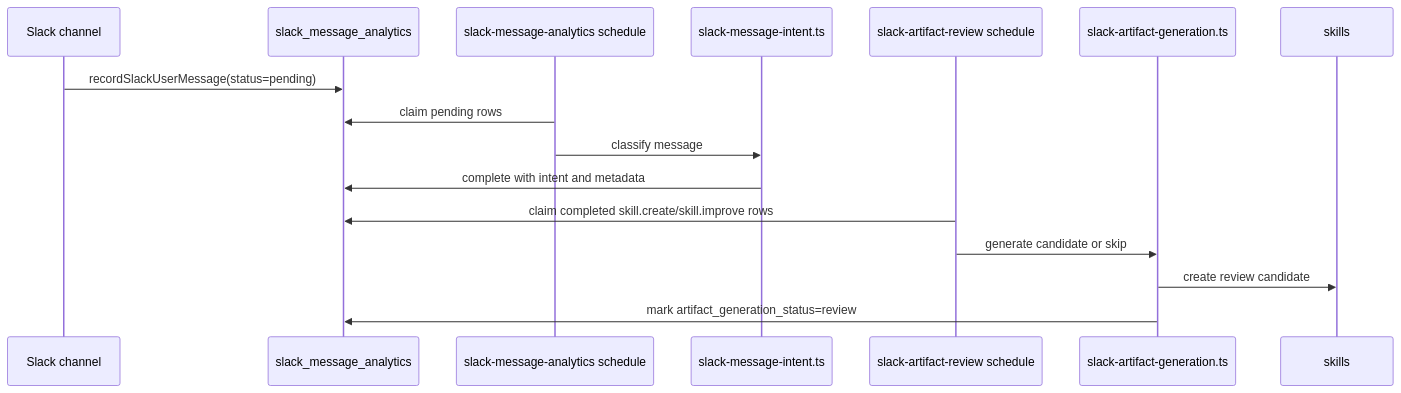
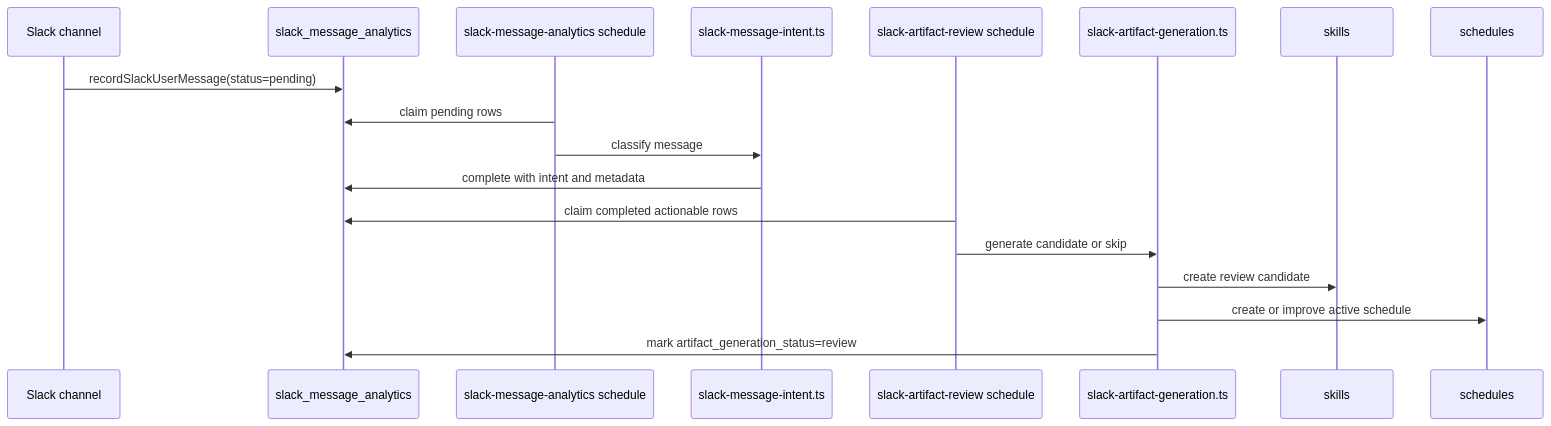
One commit to GorobVictor/slack-ai-agent-eve changed the third of 3 diagrams in AGENTS.md. Above: the diagram before and after it, drawn with Mermaid. The commit also changed other lines of this file and 1 other file, not shown here.

First line of the commit message:
ref: document schedule artifact architecture

````diff
--- a/AGENTS.md
+++ b/AGENTS.md
@@ -281,19 +324,21 @@
 ```mermaid
 sequenceDiagram
   participant Slack as Slack channel
   participant DB as slack_message_analytics
   participant AnalysisSchedule as slack-message-analytics schedule
   participant Intent as slack-message-intent.ts
   participant ArtifactSchedule as slack-artifact-review schedule
   participant Generator as slack-artifact-generation.ts
   participant Skills as skills
+  participant Schedules as schedules
 
   Slack->>DB: recordSlackUserMessage(status=pending)
   AnalysisSchedule->>DB: claim pending rows
   AnalysisSchedule->>Intent: classify message
   Intent->>DB: complete with intent and metadata
-  ArtifactSchedule->>DB: claim completed skill.create/skill.improve rows
+  ArtifactSchedule->>DB: claim completed actionable rows
   ArtifactSchedule->>Generator: generate candidate or skip
   Generator->>Skills: create review candidate
+  Generator->>Schedules: create or improve active schedule
   Generator->>DB: mark artifact_generation_status=review
 ```
````
